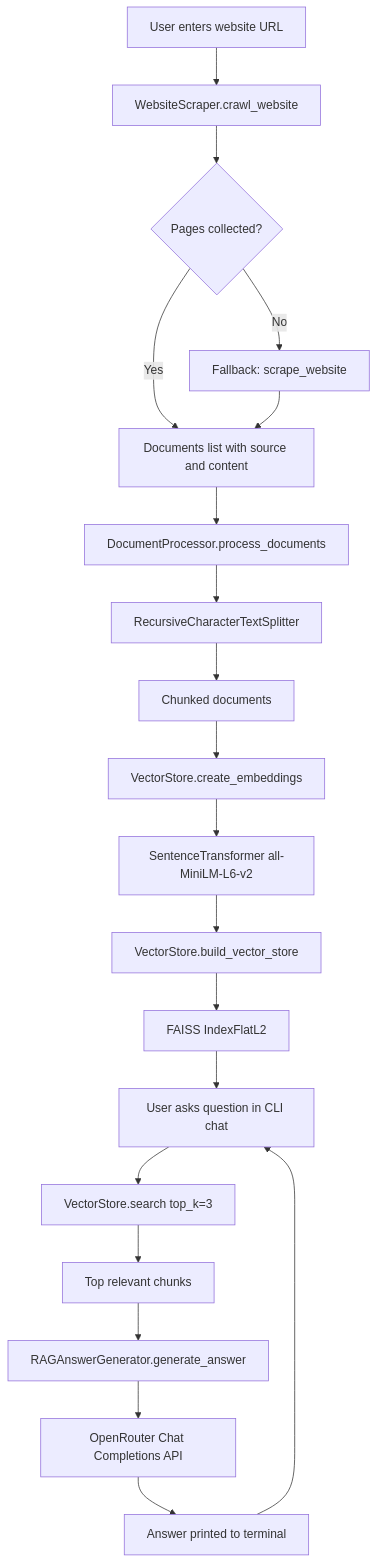
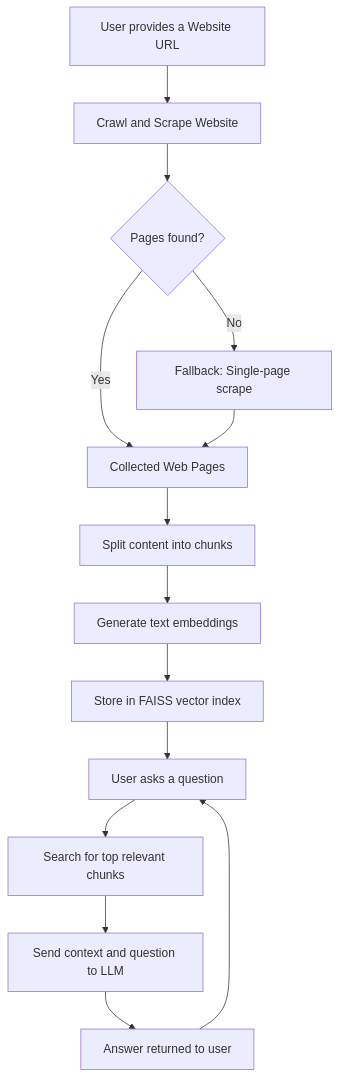
Before and after one commit to SonalG6/SmartSite-Assistant: the diagram in README.md, drawn with Mermaid. The commit also changed other lines of this file, not shown here.

````diff
--- a/README.md
+++ b/README.md
@@ -20,25 +18,18 @@
 ```mermaid
 flowchart TD
-    A[User enters website URL] --> B[WebsiteScraper.crawl_website]
-    B --> C{Pages collected?}
-    C -->|Yes| D[Documents list with source and content]
-    C -->|No| E[Fallback: scrape_website]
+    A[User provides a Website URL] --> B[Crawl and Scrape Website]
+    B --> C{Pages found?}
+    C -->|Yes| D[Collected Web Pages]
+    C -->|No| E[Fallback: Single-page scrape]
     E --> D
 
-    D --> F[DocumentProcessor.process_documents]
-    F --> G[RecursiveCharacterTextSplitter]
-    G --> H[Chunked documents]
+    D --> F[Split content into chunks]
+    F --> G[Generate text embeddings]
+    G --> H[Store in FAISS vector index]
 
-    H --> I[VectorStore.create_embeddings]
-    I --> J[SentenceTransformer all-MiniLM-L6-v2]
-    J --> K[VectorStore.build_vector_store]
-    K --> L[FAISS IndexFlatL2]
-
-    L --> M[User asks question in CLI chat]
-    M --> N[VectorStore.search top_k=3]
-    N --> O[Top relevant chunks]
-    O --> P[RAGAnswerGenerator.generate_answer]
-    P --> Q[OpenRouter Chat Completions API]
-    Q --> R[Answer printed to terminal]
-    R --> M
+    H --> I[User asks a question]
+    I --> J[Search for top relevant chunks]
+    J --> K[Send context and question to LLM]
+    K --> L[Answer returned to user]
+    L --> I
 ```
````
